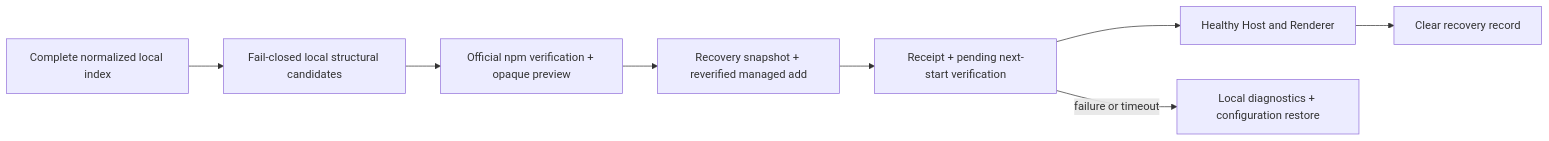
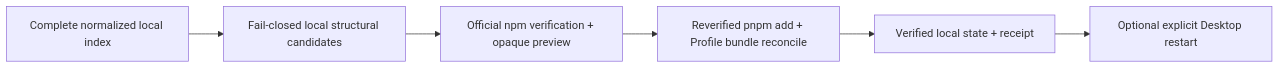
The diagram in dsh-community-market/docs/install-and-uninstall.md (976905690/deepseek-harness-desktop), drawn with Mermaid before and after one commit. The commit also changed other lines of this file and 60 other files, not shown here.

Commit message:
feat: unify profile recovery checkpoints

````diff
--- a/dsh-community-market/docs/install-and-uninstall.md
+++ b/dsh-community-market/docs/install-and-uninstall.md
@@ -107,10 +96,8 @@
 ```mermaid
 flowchart LR
     Scan["Complete normalized local index"] --> Candidate["Fail-closed local structural candidates"]
     Candidate --> Preview["Official npm verification + opaque preview"]
-    Preview --> Operation["Recovery snapshot + reverified managed add"]
-    Operation --> Pending["Receipt + pending next-start verification"]
-    Pending --> Healthy["Healthy Host and Renderer"]
-    Healthy --> Commit["Clear recovery record"]
-    Pending -->|"failure or timeout"| Restore["Local diagnostics + configuration restore"]
+    Preview --> Operation["Reverified pnpm add + Profile bundle reconcile"]
+    Operation --> Receipt["Verified local state + receipt"]
+    Receipt --> Restart["Optional explicit Desktop restart"]
 ```
````
